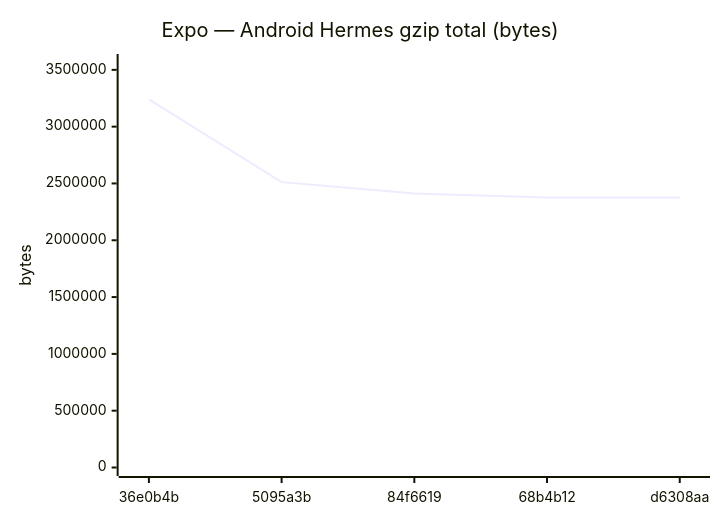
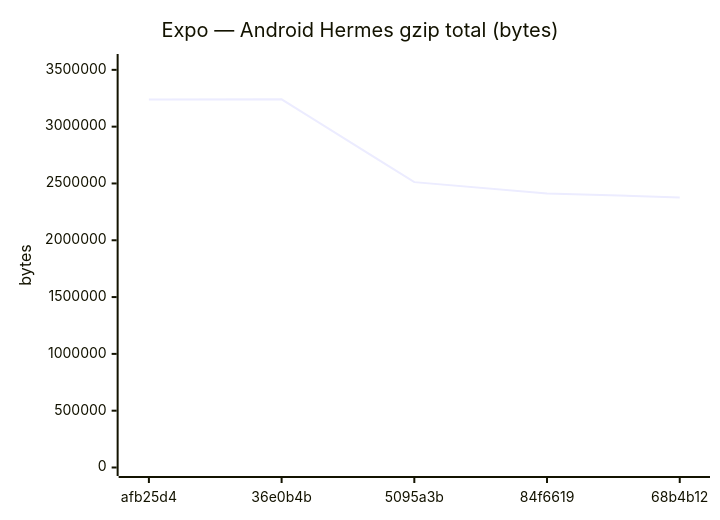
One commit to Metaheurist/Rianell changed diagram 11 of 18 in benchmarks/compare.md. Above: the diagram before and after it, drawn with Mermaid. The commit also changed other lines of this file and 11 other files, not shown here.

````diff
--- a/benchmarks/compare.md
+++ b/benchmarks/compare.md
@@ -172,7 +172,7 @@
 ```mermaid
 xychart-beta
     title "Expo — Android Hermes gzip total (bytes)"
-    x-axis ["36e0b4b", "5095a3b", "84f6619", "68b4b12", "d6308aa"]
+    x-axis ["afb25d4", "36e0b4b", "5095a3b", "84f6619", "68b4b12"]
     y-axis "bytes" 0 --> 3564603
-    line [3240548, 2511667, 2411913, 2377489, 2377488]
+    line [3239886, 3240548, 2511667, 2411913, 2377489]
 ```
````
